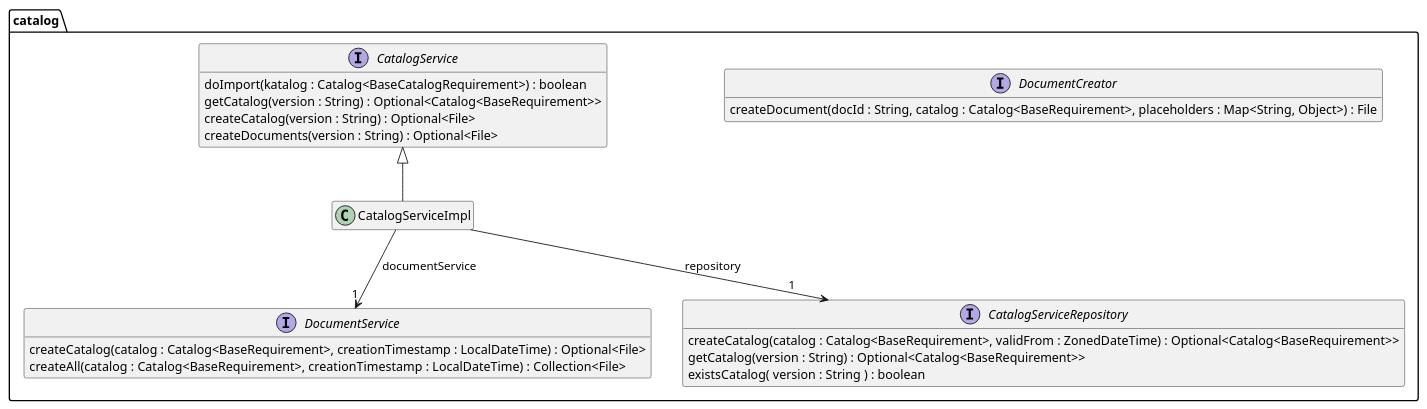
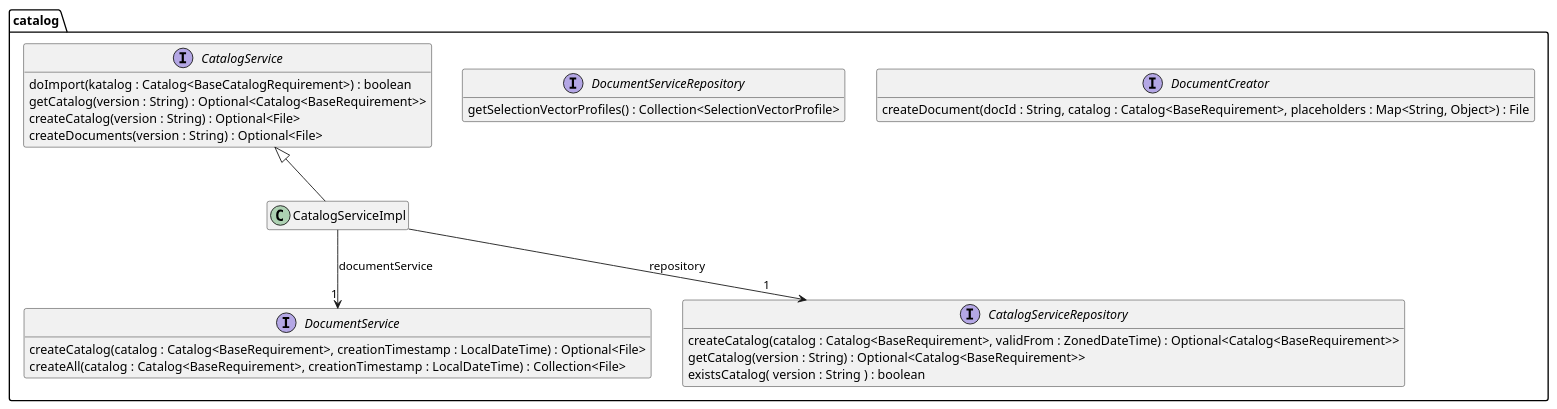
The diagram in src/site/arc42/plantuml/core/catalog/Ebene3.plantuml (tailoringexpert/platform), drawn with PlantUML before and after one commit. The commit also changed 8 other files, not shown here.

```diff
--- a/src/site/arc42/plantuml/core/catalog/Ebene3.plantuml
+++ b/src/site/arc42/plantuml/core/catalog/Ebene3.plantuml
@@ -1,35 +1,39 @@
 @startuml Ebene3.png
 hide empty members
 
 package catalog {
 
     interface DocumentCreator {
         createDocument(docId : String, catalog : Catalog<BaseRequirement>, placeholders : Map<String, Object>) : File
     }
 
     interface DocumentService {
         createCatalog(catalog : Catalog<BaseRequirement>, creationTimestamp : LocalDateTime) : Optional<File>
         createAll(catalog : Catalog<BaseRequirement>,  creationTimestamp : LocalDateTime) : Collection<File>
+    }
+
+    interface DocumentServiceRepository {
+        getSelectionVectorProfiles() : Collection<SelectionVectorProfile>
     }
 
     interface CatalogService {
         doImport(katalog : Catalog<BaseCatalogRequirement>) : boolean
         getCatalog(version : String) : Optional<Catalog<BaseRequirement>>
         createCatalog(version : String) : Optional<File>
         createDocuments(version : String) : Optional<File>
     }
 
     interface CatalogServiceRepository {
         createCatalog(catalog : Catalog<BaseRequirement>, validFrom : ZonedDateTime) : Optional<Catalog<BaseRequirement>>
         getCatalog(version : String) : Optional<Catalog<BaseRequirement>>
         existsCatalog( version : String ) : boolean
     }
 
     class CatalogServiceImpl {
     }
     CatalogService <|-- CatalogServiceImpl
     CatalogServiceImpl --> "1" CatalogServiceRepository : repository
     CatalogServiceImpl --> "1" DocumentService : documentService
 
 }
 @enduml
```
